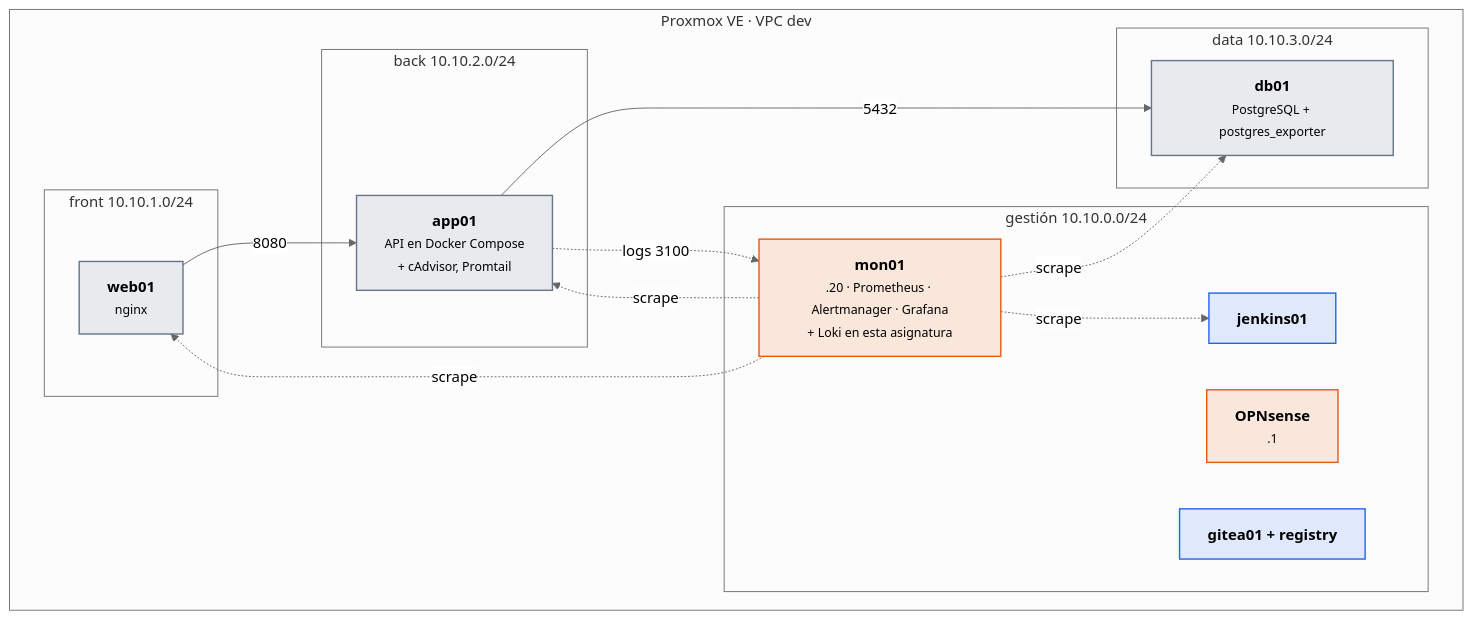
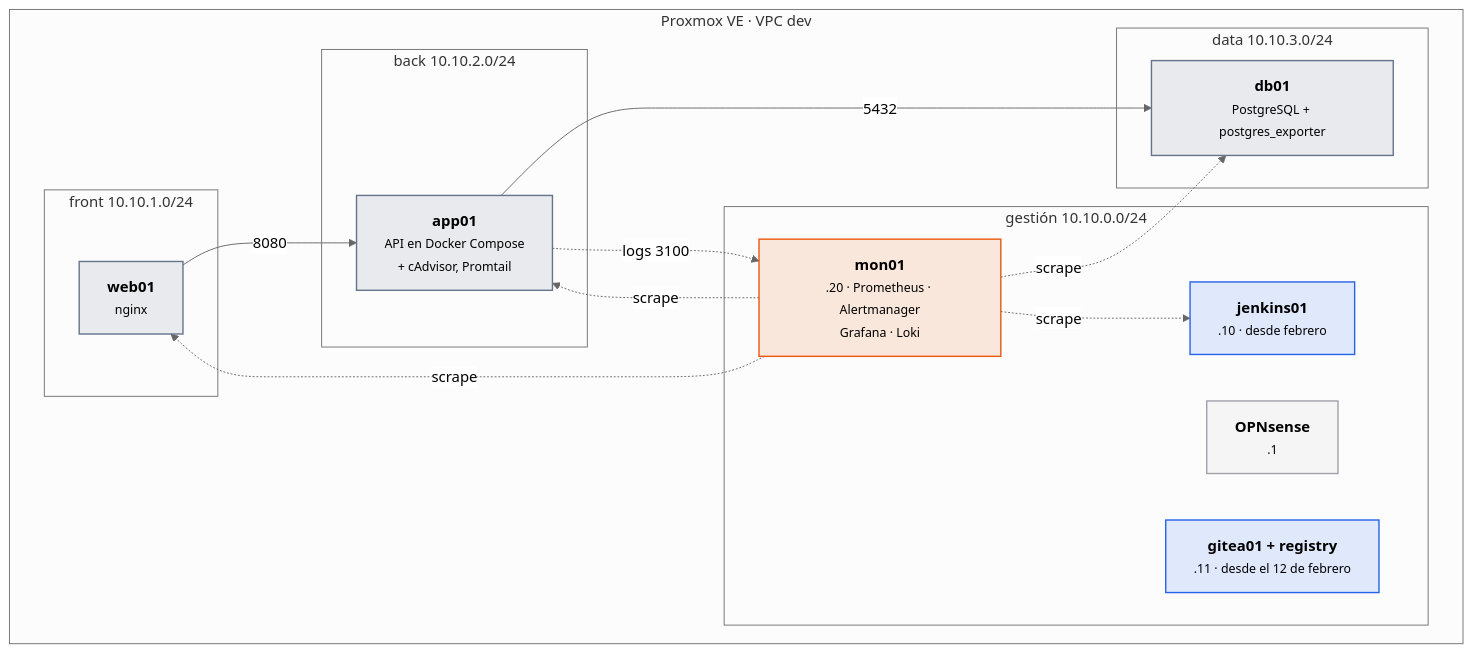
One commit to victor-educ/apuntes-5169 changed the diagram in docs/laboratorio.md. Above: the diagram before and after it, drawn with Mermaid (neutral theme). The commit also changed other lines of this file and 17 other files, not shown here.

````diff
--- a/docs/laboratorio.md
+++ b/docs/laboratorio.md
@@ -7,30 +27,30 @@
 ```mermaid
 flowchart TB
     subgraph pve["Proxmox VE · VPC dev"]
         subgraph mgmt["gestión 10.10.0.0/24"]
-            fw["<b>OPNsense</b><br><small>.1</small>"]:::act
-            mon["<b>mon01</b><br><small>.20 · Prometheus · Alertmanager · Grafana<br>+ Loki en esta asignatura</small>"]:::act
-            jenkins["<b>jenkins01</b>"]:::dato
-            git["<b>gitea01 + registry</b>"]:::dato
+            fw["<b>OPNsense</b><br><small>.1</small>"]:::infra
+            mon["<b>mon01</b><br><small>.20 · Prometheus · Alertmanager<br>Grafana · Loki</small>"]:::act
+            jenkins["<b>jenkins01</b><br><small>.10 · desde febrero</small>"]:::dato
+            git["<b>gitea01 + registry</b><br><small>.11 · desde el 12 de febrero</small>"]:::dato
         end
         subgraph front["front 10.10.1.0/24"]
             web["<b>web01</b><br><small>nginx</small>"]:::pieza
         end
         subgraph back["back 10.10.2.0/24"]
             app["<b>app01</b><br><small>API en Docker Compose<br>+ cAdvisor, Promtail</small>"]:::pieza
         end
         subgraph data["data 10.10.3.0/24"]
             db["<b>db01</b><br><small>PostgreSQL + postgres_exporter</small>"]:::pieza
         end
     end
     web -->|8080| app
     app -->|5432| db
     mon -.->|scrape| web & app & db & jenkins
     app -.->|logs 3100| mon
     classDef act fill:#ea580c22,stroke:#ea580c,stroke-width:1.5px
     classDef pieza fill:#64748b22,stroke:#64748b,stroke-width:1.5px
     classDef dato fill:#2563eb22,stroke:#2563eb,stroke-width:1.5px
     classDef infra fill:#a1a1aa14,stroke:#a1a1aa,stroke-width:1.5px
     classDef ok fill:#16a34a22,stroke:#16a34a,stroke-width:1.5px
     classDef riesgo fill:#dc262622,stroke:#dc2626,stroke-width:1.5px
 ```
````
